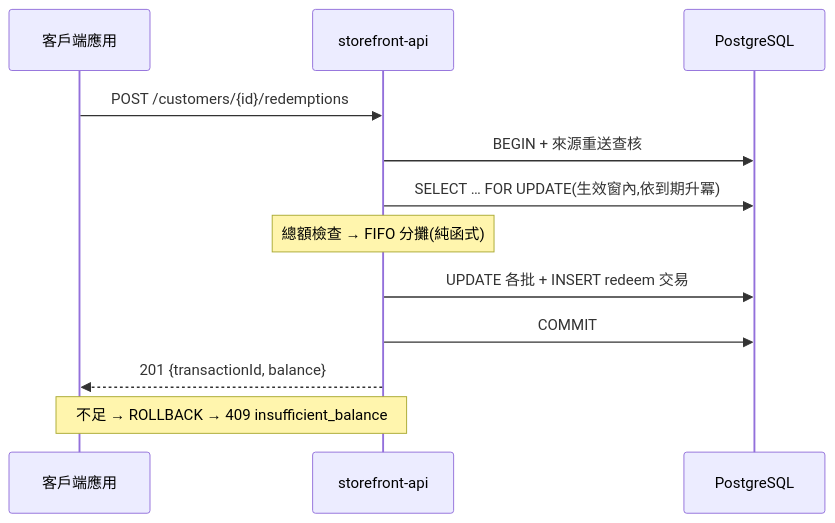
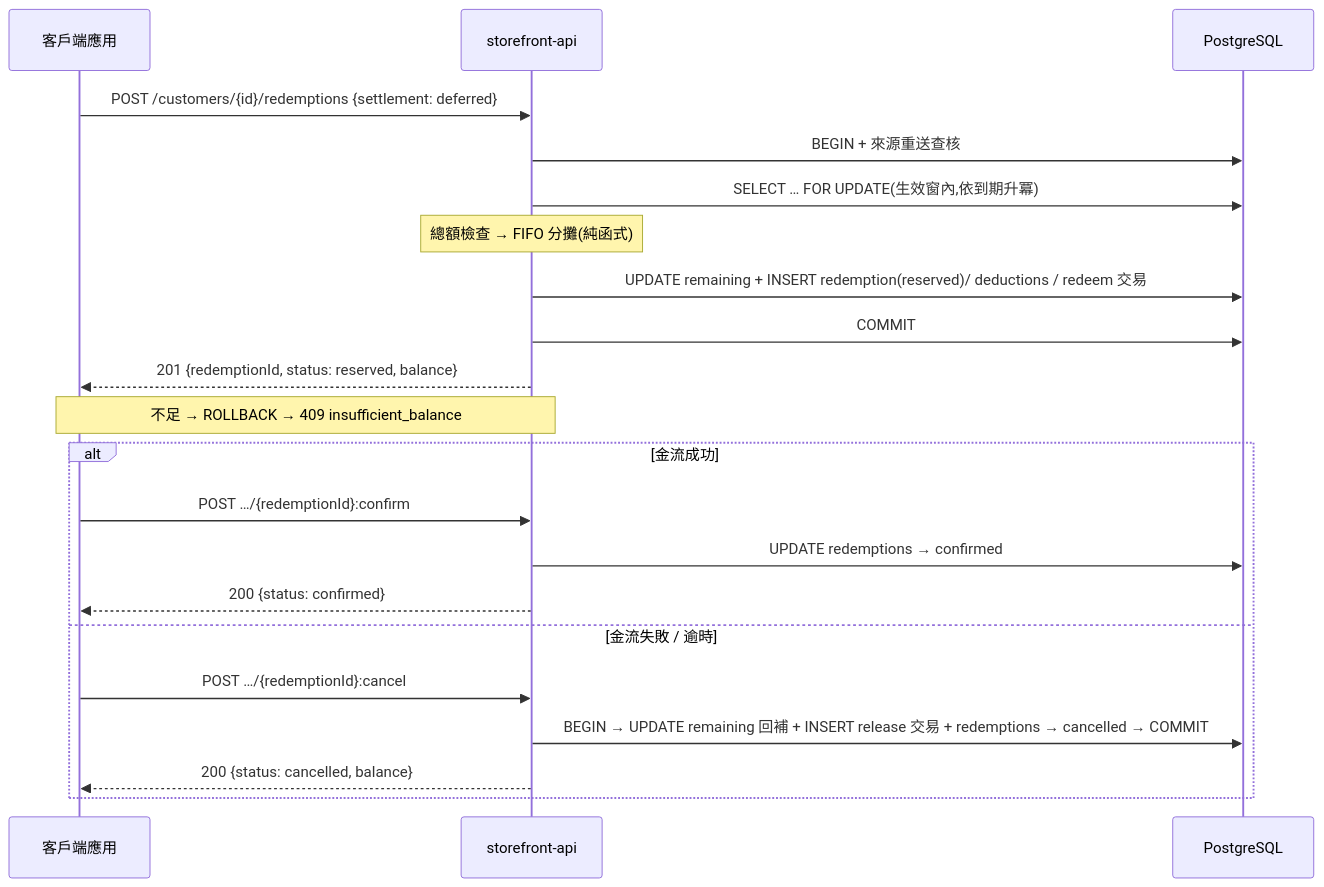
Before and after one commit to Dlutermade/rust_point: the fourth of 4 diagrams in docs/plan/01-point-center/api.md, drawn with Mermaid. The commit also changed other lines of this file and 5 other files, not shown here.

First line of the commit message:
docs: 兌換預留生命週期(TCC)— reserve/confirm/cancel + 逾時 job + cancelled 事件

````diff
--- a/docs/plan/01-point-center/api.md
+++ b/docs/plan/01-point-center/api.md
@@ -286,15 +340,25 @@
 ```mermaid
 sequenceDiagram
     participant C as 客戶端應用
     participant A as storefront-api
     participant P as PostgreSQL
 
-    C->>A: POST /customers/{id}/redemptions
+    C->>A: POST /customers/{id}/redemptions {settlement: deferred}
     A->>P: BEGIN + 來源重送查核
     A->>P: SELECT … FOR UPDATE(生效窗內,依到期升冪)
     Note over A: 總額檢查 → FIFO 分攤(純函式)
-    A->>P: UPDATE 各批 + INSERT redeem 交易
+    A->>P: UPDATE remaining + INSERT redemption(reserved)/ deductions / redeem 交易
     A->>P: COMMIT
-    A-->>C: 201 {transactionId, balance}
+    A-->>C: 201 {redemptionId, status: reserved, balance}
     Note over C,A: 不足 → ROLLBACK → 409 insufficient_balance
+
+    alt 金流成功
+        C->>A: POST …/{redemptionId}:confirm
+        A->>P: UPDATE redemptions → confirmed
+        A-->>C: 200 {status: confirmed}
+    else 金流失敗 / 逾時
+        C->>A: POST …/{redemptionId}:cancel
+        A->>P: BEGIN → UPDATE remaining 回補 + INSERT release 交易 + redemptions → cancelled → COMMIT
+        A-->>C: 200 {status: cancelled, balance}
+    end
 ```
````
